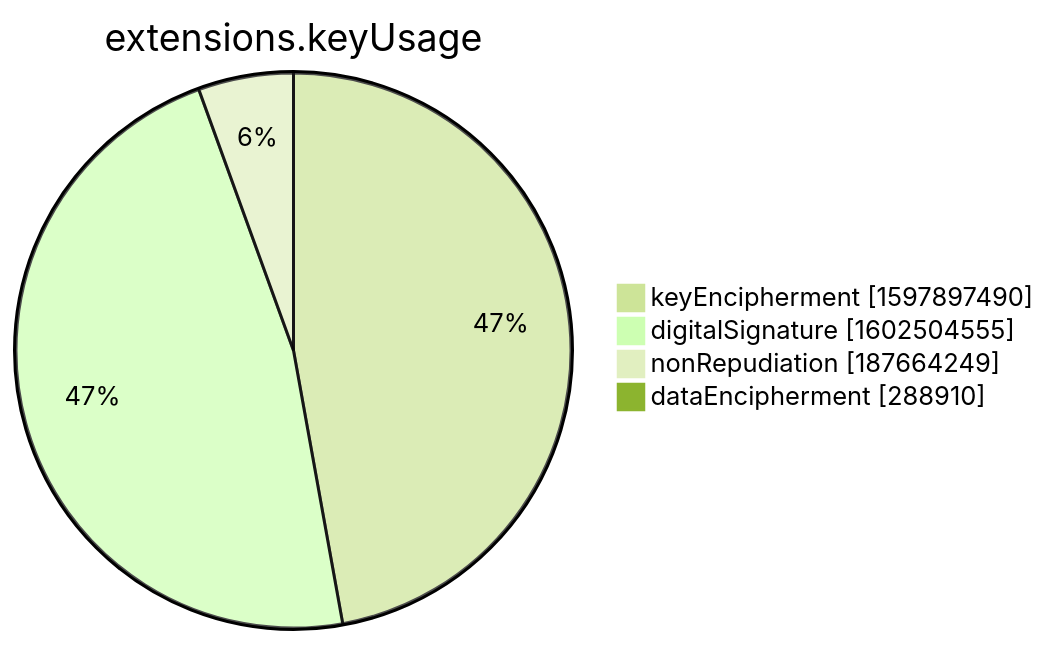
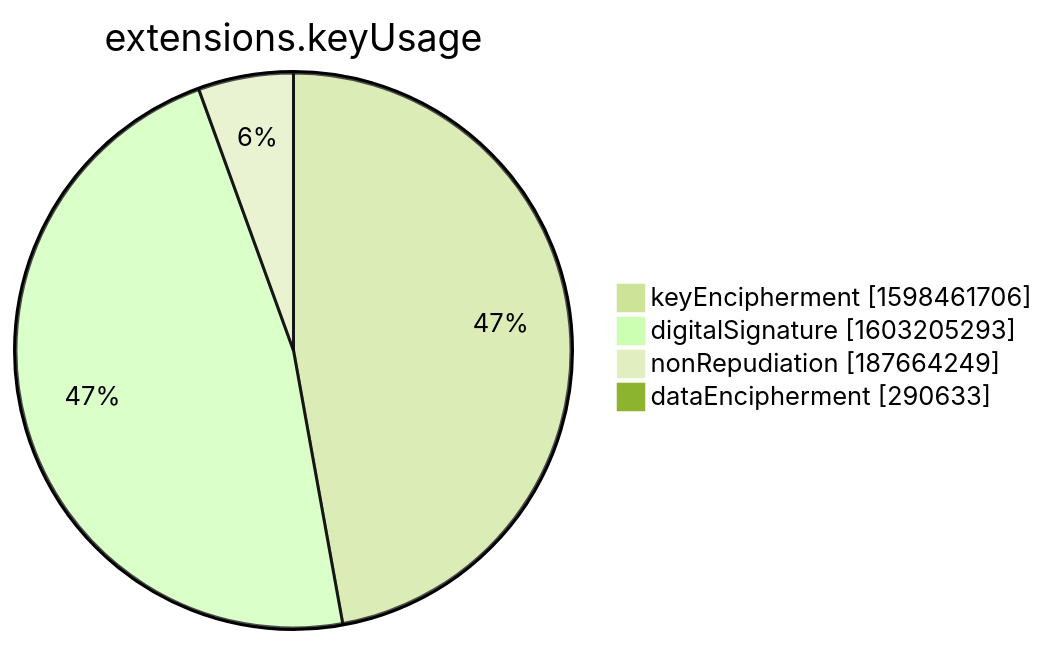
Before and after one commit to christiankrug/ctmonitor_visualization: the seventh of 15 diagrams in xenon2022/README.md, drawn with Mermaid (forest theme). The commit also changed other lines of this file, not shown here.

````diff
--- a/xenon2022/README.md
+++ b/xenon2022/README.md
@@ -2854,8 +2854,8 @@
 ```mermaid
 pie showData
 title extensions.keyUsage
-"keyEncipherment" :1597897490
-"digitalSignature" :1602504555
+"keyEncipherment" :1598461706
+"digitalSignature" :1603205293
 "nonRepudiation" :187664249
-"dataEncipherment" :288910
+"dataEncipherment" :290633
 ```
````
